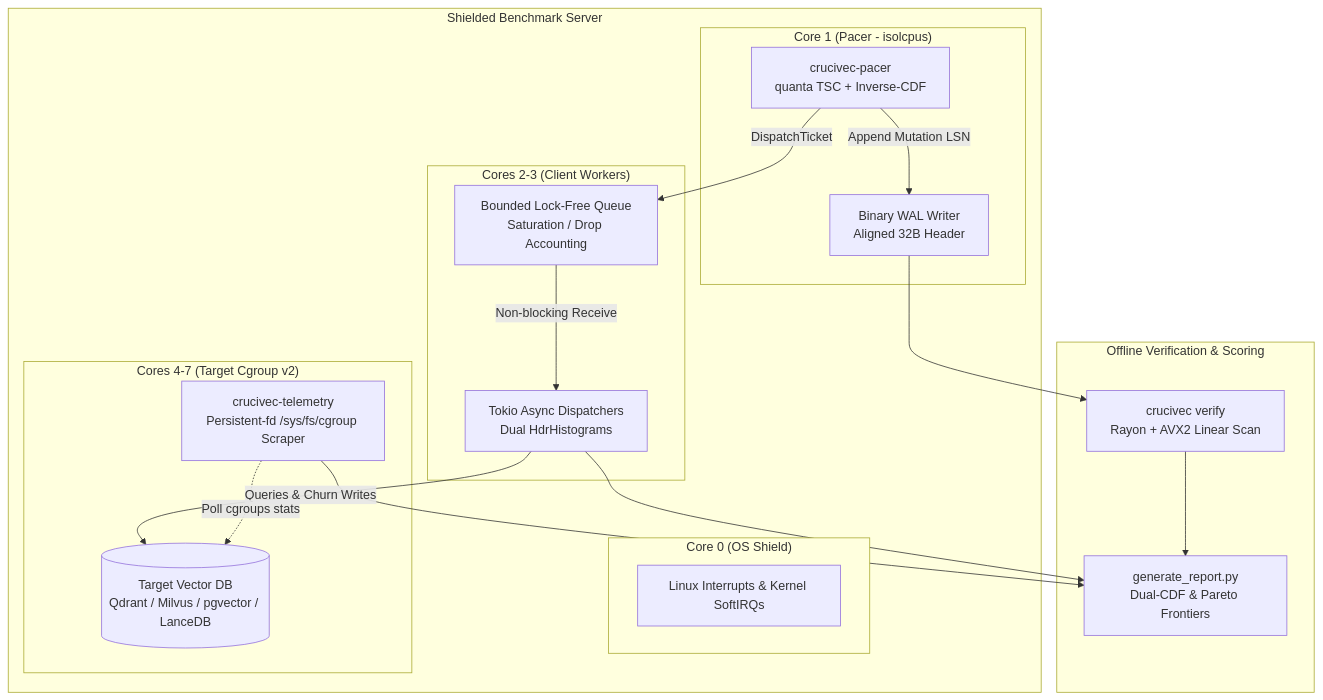
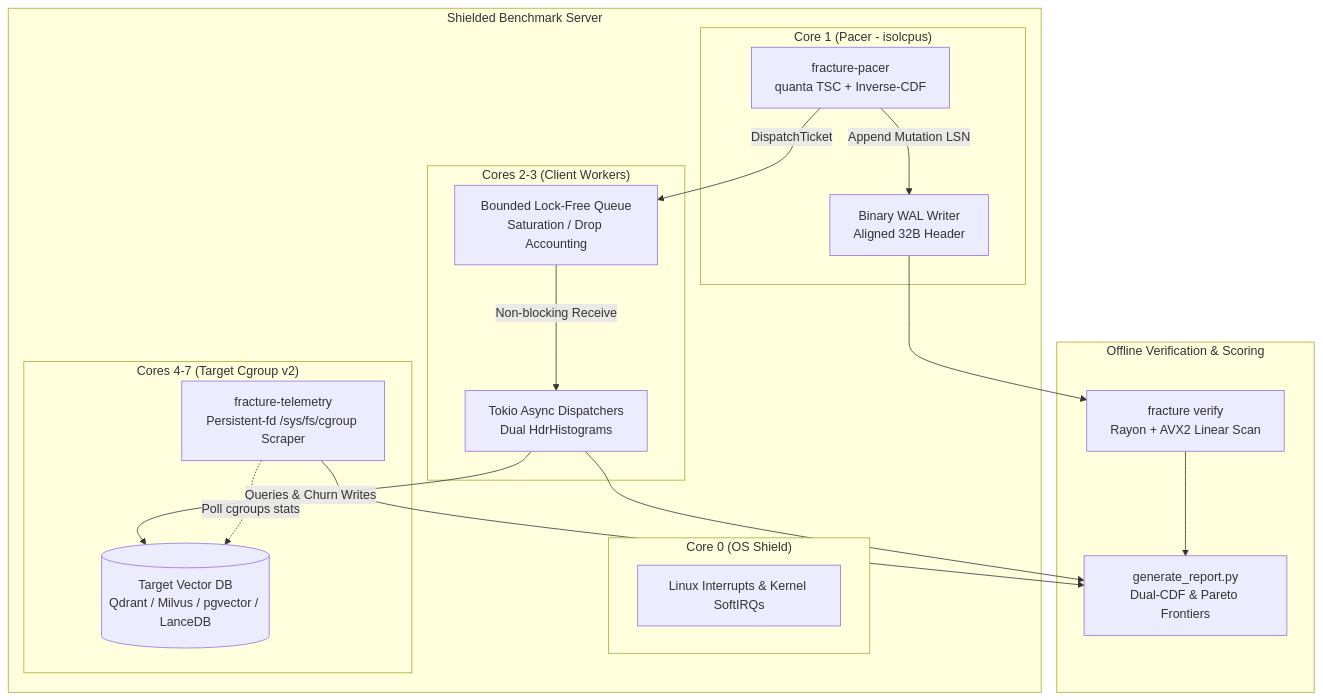
One commit to switchstonedev/fracture-bench changed the diagram in README.md. Above: the diagram before and after it, drawn with Mermaid. The commit also changed other lines of this file and 52 other files, not shown here.

````diff
--- a/README.md
+++ b/README.md
@@ -15,38 +17,38 @@
 ```mermaid
 flowchart TD
     subgraph Host ["Shielded Benchmark Server"]
         subgraph Core0 ["Core 0 (OS Shield)"]
             OS[Linux Interrupts & Kernel SoftIRQs]
         end
 
         subgraph Core1 ["Core 1 (Pacer - isolcpus)"]
-            Pacer[crucivec-pacer<br/>quanta TSC + Inverse-CDF]
+            Pacer[fracture-pacer<br/>quanta TSC + Inverse-CDF]
             WAL[Binary WAL Writer<br/>Aligned 32B Header]
         end
 
         subgraph Cores23 ["Cores 2-3 (Client Workers)"]
             Channel[Bounded Lock-Free Queue<br/>Saturation / Drop Accounting]
             Workers[Tokio Async Dispatchers<br/>Dual HdrHistograms]
         end
 
         subgraph Cores47 ["Cores 4-7 (Target Cgroup v2)"]
             TargetDB[(Target Vector DB<br/>Qdrant / Milvus / pgvector / LanceDB)]
-            Telemetry[crucivec-telemetry<br/>Persistent-fd /sys/fs/cgroup Scraper]
+            Telemetry[fracture-telemetry<br/>Persistent-fd /sys/fs/cgroup Scraper]
         end
     end
 
     subgraph OfflineAnalysis ["Offline Verification & Scoring"]
-        GroundTruth[crucivec verify<br/>Rayon + AVX2 Linear Scan]
+        GroundTruth[fracture verify<br/>Rayon + AVX2 Linear Scan]
         Report[generate_report.py<br/>Dual-CDF & Pareto Frontiers]
     end
 
     Pacer -->|DispatchTicket| Channel
     Pacer -->|Append Mutation LSN| WAL
     Channel -->|Non-blocking Receive| Workers
     Workers -->|Queries & Churn Writes| TargetDB
     Telemetry -.->|Poll cgroups stats| TargetDB
     WAL --> GroundTruth
     Workers --> Report
     Telemetry --> Report
     GroundTruth --> Report
 ```
````
